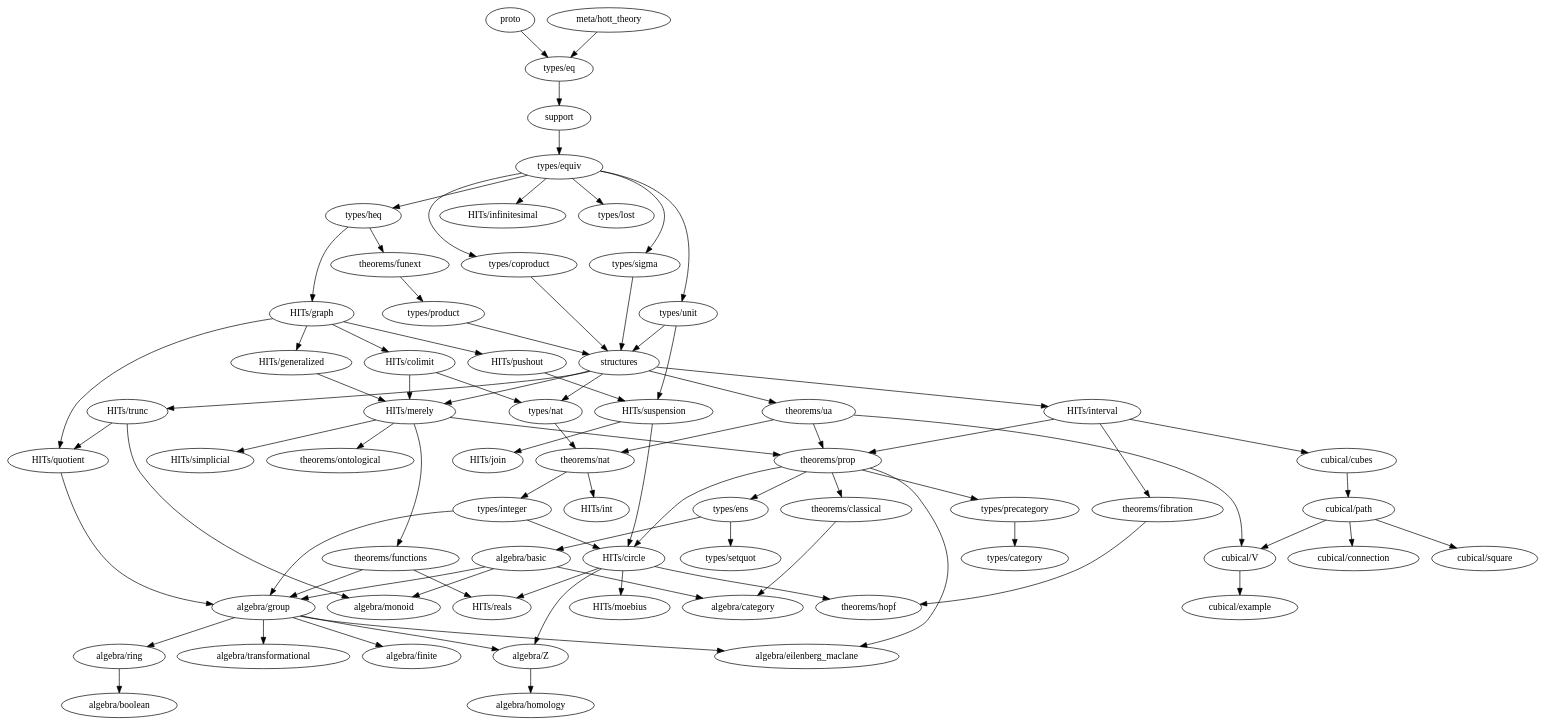
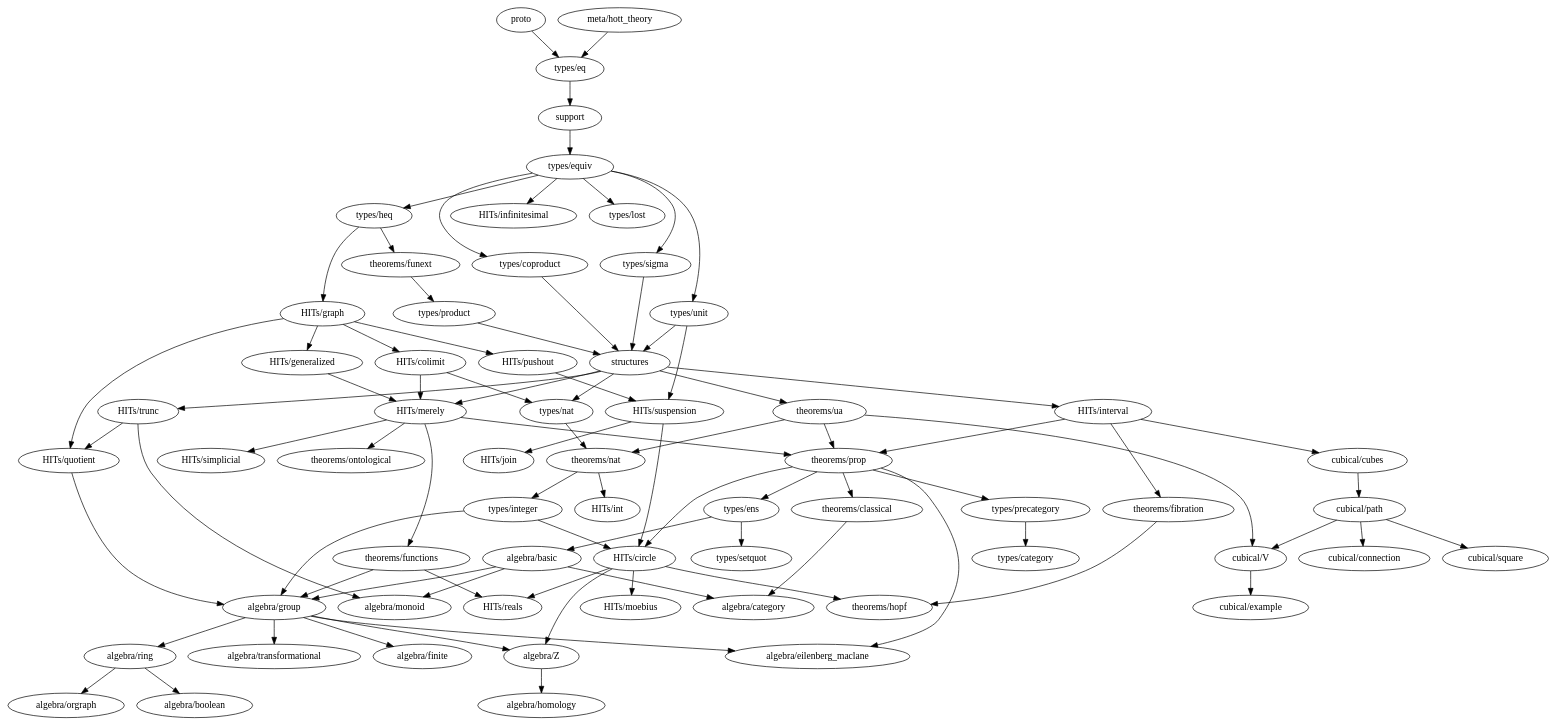
The diagram in dependency-map.gv (forked-from-1kasper/ground_zero), drawn with Graphviz before and after one commit. The commit also changed 5 other files, not shown here.

```diff
--- a/dependency-map.gv
+++ b/dependency-map.gv
@@ -1,135 +1,136 @@
 digraph dependency_map {
   proto -> "types/eq"
   "meta/hott_theory" -> "types/eq"
   support -> "types/equiv"
   structures -> {
     "HITs/interval",
     "HITs/merely",
     "HITs/trunc",
     "types/nat",
     "theorems/ua"
   }
 
   subgraph algebra {
     "algebra/basic" -> { "algebra/category", "algebra/monoid", "algebra/group" }
     "algebra/boolean"
     "algebra/category"
     "algebra/eilenberg_maclane"
     "algebra/finite"
     "algebra/group" -> {
       "algebra/eilenberg_maclane",
       "algebra/finite",
       "algebra/ring",
       "algebra/transformational",
       "algebra/Z"
     }
     "algebra/homology"
     "algebra/monoid"
-    "algebra/ring" -> { "algebra/boolean" }
+    "algebra/orgraph"
+    "algebra/ring" -> { "algebra/boolean", "algebra/orgraph" }
     "algebra/transformational"
     "algebra/Z" -> { "algebra/homology" }
   }
 
   subgraph types {
     "types/category"
     "types/coproduct" -> { structures }
     "types/eq" -> { support }
     "types/ens" -> { "algebra/basic", "types/setquot" }
     "types/equiv" -> {
       "types/heq",
       "HITs/infinitesimal",
       "types/coproduct",
       "types/lost",
       "types/unit",
       "types/sigma"
     }
     "types/heq" -> {
       "HITs/graph", "theorems/funext"
     }
     "types/integer" -> {
       "algebra/group",
       "HITs/circle"
     }
     "types/lost"
     "types/nat" -> { "theorems/nat" }
     "types/precategory" -> { "types/category" }
     "types/product" -> { structures }
     "types/setquot"
     "types/sigma" -> { structures }
     "types/unit" -> { structures, "HITs/suspension" }
   }
 
   subgraph HITs {
     "HITs/circle" -> {
       "algebra/Z",
       "theorems/hopf",
       "HITs/moebius",
       "HITs/reals"
     }
     "HITs/colimit" -> { "HITs/merely", "types/nat" }
     "HITs/generalized" -> "HITs/merely"
     "HITs/graph" -> {
       "HITs/colimit",
       "HITs/generalized",
       "HITs/pushout",
       "HITs/quotient"
     }
     "HITs/infinitesimal"
     "HITs/interval" -> {
       "cubical/cubes",
       "theorems/prop",
       "theorems/fibration"
     }
     "HITs/join"
     "HITs/merely" -> {
       "theorems/ontological",
       "theorems/prop",
       "HITs/simplicial",
       "theorems/functions"
     }
     "HITs/moebius"
     "HITs/pushout" -> {
       "HITs/suspension"
     }
     "HITs/quotient" -> { "algebra/group" }
     "HITs/reals"
     "HITs/simplicial"
     "HITs/suspension" -> { "HITs/circle", "HITs/join" }
     "HITs/trunc" -> { "algebra/monoid", "HITs/quotient" }
   }
 
   subgraph cubical {
     "cubical/connection"
     "cubical/cubes" -> "cubical/path"
     "cubical/example"
     "cubical/path" -> {
       "cubical/square",
       "cubical/V",
       "cubical/connection"
     }
     "cubical/square"
     "cubical/V" -> { "cubical/example" }
   }
 
   subgraph theorems {
     "theorems/classical" -> { "algebra/category" }
     "theorems/fibration" -> { "theorems/hopf" }
     "theorems/functions" -> { "HITs/reals", "algebra/group" }
     "theorems/funext" -> { "types/product" }
     "theorems/hopf"
     "theorems/ontological"
     "theorems/nat" -> { "HITs/int", "types/integer" }
     "theorems/prop" -> {
       "algebra/eilenberg_maclane",
       "HITs/circle",
       "types/ens",
       "types/precategory",
       "theorems/classical"
     }
     "theorems/ua" -> {
       "theorems/nat",
       "theorems/prop",
       "cubical/V"
     }
   }
 }
```
